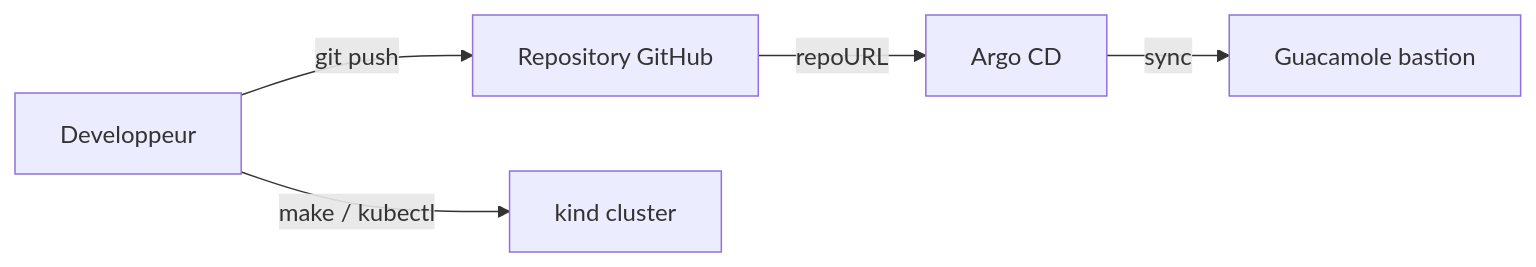
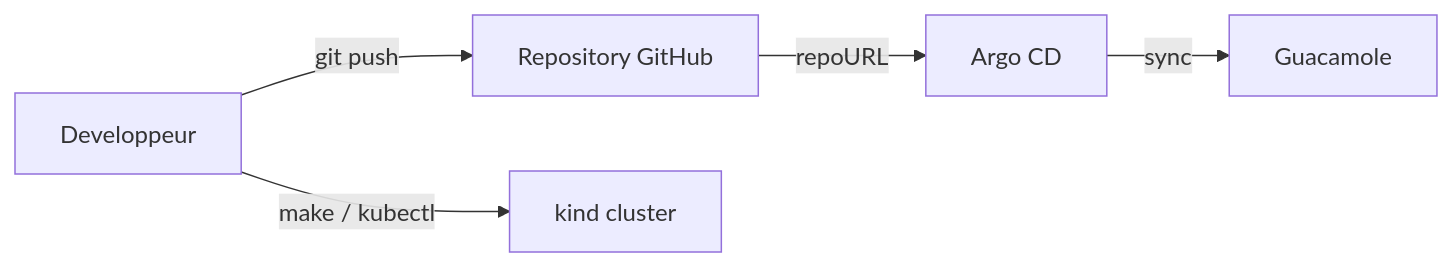
Before and after one commit to RobinThiriet/ArgoCD: the first of 2 diagrams in docs/architecture.md, drawn with Mermaid. The commit also changed other lines of this file and 36 other files, not shown here.

````diff
--- a/docs/architecture.md
+++ b/docs/architecture.md
@@ -14,7 +9,7 @@
 ```mermaid
 flowchart LR
     Dev[Developpeur] -->|git push| GitHub[Repository GitHub]
     Dev -->|make / kubectl| Cluster[kind cluster]
     GitHub -->|repoURL| ArgoCD[Argo CD]
-    ArgoCD -->|sync| Guacamole[Guacamole bastion]
+    ArgoCD -->|sync| Guacamole[Guacamole]
 ```
````
